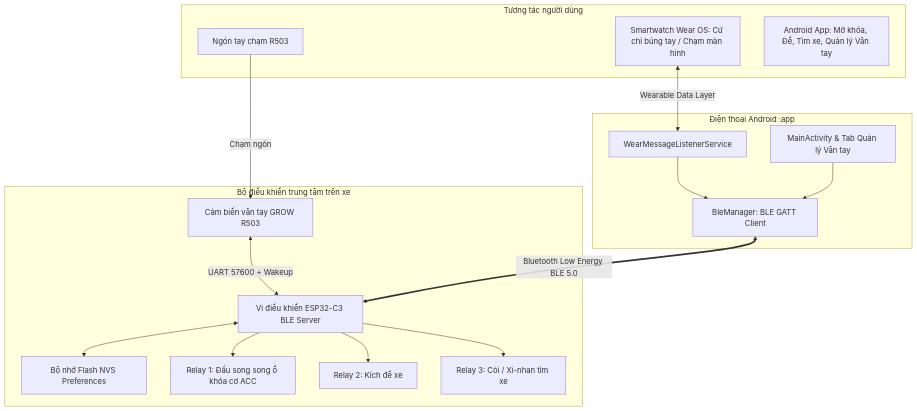
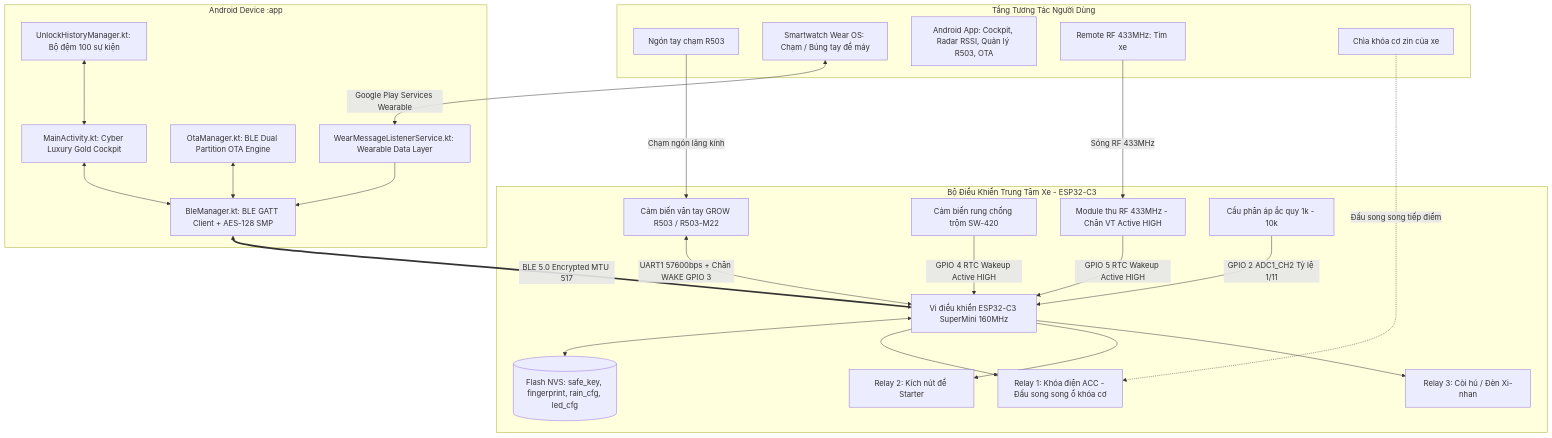
The first of 2 diagrams in PROJECT_MASTER_DOCUMENT.md (phamngocty/Tysmartkey), drawn with Mermaid before and after one commit. The commit also changed other lines of this file and 11 other files, not shown here.

````diff
--- a/PROJECT_MASTER_DOCUMENT.md
+++ b/PROJECT_MASTER_DOCUMENT.md
@@ -36,35 +70,51 @@
 ```mermaid
 graph TD
-    subgraph UserInteraction [Tương tác người dùng]
+    subgraph UserInterface [Tầng Tương Tác Người Dùng]
         FINGER[Ngón tay chạm R503]
-        WATCH[Smartwatch Wear OS: Cử chỉ búng tay / Chạm màn hình]
-        PHONE[Android App: Mở khóa, Đề, Tìm xe, Quản lý Vân tay]
+        WATCH[Smartwatch Wear OS: Chạm / Búng tay đề máy]
+        PHONE[Android App: Cockpit, Radar RSSI, Quản lý R503, OTA]
+        REMOTE[Remote RF 433MHz: Tìm xe]
+        KEY_MECH[Chìa khóa cơ zin của xe]
     end
 
-    subgraph PhoneBridge [Điện thoại Android :app]
-        BLE_MGR[BleManager: BLE GATT Client]
-        WEAR_SRV[WearMessageListenerService]
-        UI_MAIN[MainActivity & Tab Quản lý Vân tay]
+    subgraph PhoneBridgeModule [Android Device :app]
+        BLE_MGR[BleManager.kt: BLE GATT Client + AES-128 SMP]
+        WEAR_SRV[WearMessageListenerService.kt: Wearable Data Layer]
+        OTA_MGR[OtaManager.kt: BLE Dual Partition OTA Engine]
+        HIST_MGR[UnlockHistoryManager.kt: Bộ đệm 100 sự kiện]
+        UI_MAIN[MainActivity.kt: Cyber Luxury Gold Cockpit]
     end
 
-    subgraph BikeCore [Bộ điều khiển trung tâm trên xe]
-        ESP_C3[Vi điều khiển ESP32-C3 BLE Server]
-        R503[Cảm biến vân tay GROW R503]
-        NVS[Bộ nhớ Flash NVS Preferences]
-        R1[Relay 1: Đấu song song ổ khóa cơ ACC]
-        R2[Relay 2: Kích đề xe]
-        R3[Relay 3: Còi / Xi-nhan tìm xe]
+    subgraph BikeCoreNode [Bộ Điều Khiển Trung Tâm Xe - ESP32-C3]
+        MCU[Vi điều khiển ESP32-C3 SuperMini 160MHz]
+        NVS_STORAGE[(Flash NVS: safe_key, fingerprint, rain_cfg, led_cfg)]
+        R503_SENSOR[Cảm biến vân tay GROW R503 / R503-M22]
+        SW420_SENSOR[Cảm biến rung chống trộm SW-420]
+        RF_RECEIVER[Module thu RF 433MHz - Chân VT Active HIGH]
+        BATTERY_DIVIDER[Cầu phân áp ắc quy 1k - 10k]
+        RELAY1[Relay 1: Khóa điện ACC - Đấu song song ổ khóa cơ]
+        RELAY2[Relay 2: Kích nút đề Starter]
+        RELAY3[Relay 3: Còi hú / Đèn Xi-nhan]
     end
 
-    FINGER -->|Chạm ngón| R503
-    R503 <-->|UART 57600 + Wakeup| ESP_C3
-    WATCH <-->|Wearable Data Layer| WEAR_SRV
+    FINGER -->|Chạm ngón lăng kính| R503_SENSOR
+    R503_SENSOR <-->|UART1 57600bps + Chân WAKE GPIO 3| MCU
+    WATCH <-->|Google Play Services Wearable| WEAR_SRV
     WEAR_SRV --> BLE_MGR
-    UI_MAIN --> BLE_MGR
-    BLE_MGR <==>|Bluetooth Low Energy BLE 5.0| ESP_C3
+    UI_MAIN <--> BLE_MGR
+    OTA_MGR <--> BLE_MGR
+    HIST_MGR <--> UI_MAIN
 
-    ESP_C3 <--> NVS
-    ESP_C3 --> R1
-    ESP_C3 --> R2
-    ESP_C3 --> R3
+    BLE_MGR <==>|BLE 5.0 Encrypted MTU 517| MCU
+    BATTERY_DIVIDER -->|GPIO 2 ADC1_CH2 Tỷ lệ 1/11| MCU
+    REMOTE -->|Sóng RF 433MHz| RF_RECEIVER
+    RF_RECEIVER -->|GPIO 5 RTC Wakeup Active HIGH| MCU
+    SW420_SENSOR -->|GPIO 4 RTC Wakeup Active HIGH| MCU
+
+    MCU <--> NVS_STORAGE
+    MCU --> RELAY1
+    MCU --> RELAY2
+    MCU --> RELAY3
+
+    KEY_MECH -.->|Đấu song song tiếp điểm| RELAY1
 ```
````
